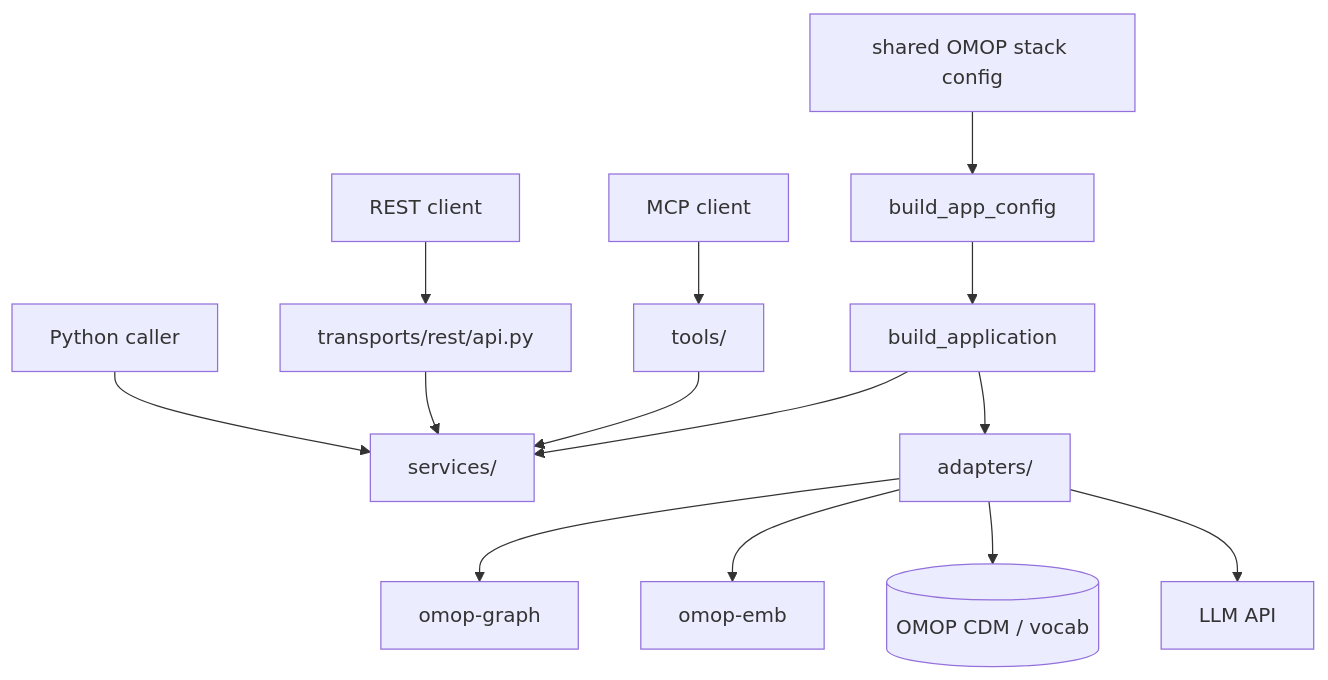
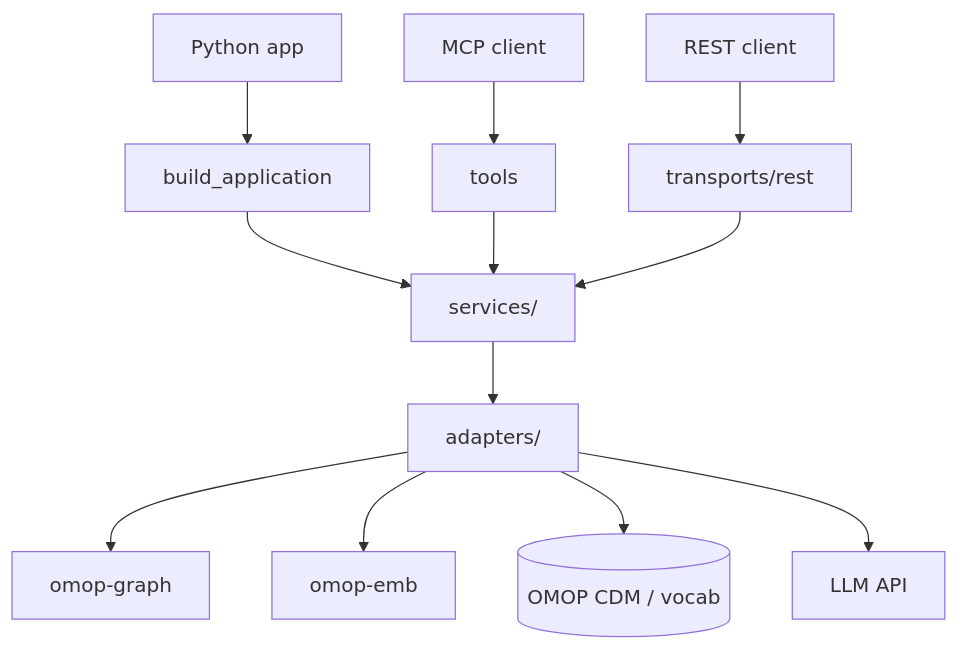
The diagram in docs/index.md (AustralianCancerDataNetwork/groundworkers), drawn with Mermaid before and after one commit. The commit also changed other lines of this file and 2 other files, not shown here.

Commit message:
doc figures repair (#11)

````diff
--- a/docs/index.md
+++ b/docs/index.md
@@ -21,16 +21,14 @@
 ```mermaid
 flowchart TD
-    STACK[shared OMOP stack config] --> BOOT[build_app_config]
-    BOOT --> APP[build_application]
+    PY[Python app] --> APP[build_application]
+    MCP[MCP client] --> T[tools]
+    REST[REST client] --> R[transports/rest]
     APP --> S[services/]
-    APP --> A[adapters/]
-    MCP[MCP client] --> T[tools/]
     T --> S
-    REST[REST client] --> R[transports/rest/api.py]
     R --> S
-    PY[Python caller] --> S
+    S --> A[adapters/]
     A --> OG[omop-graph]
     A --> OE[omop-emb]
     A --> DB[(OMOP CDM / vocab)]
     A --> LLM[LLM API]
 ```
````
